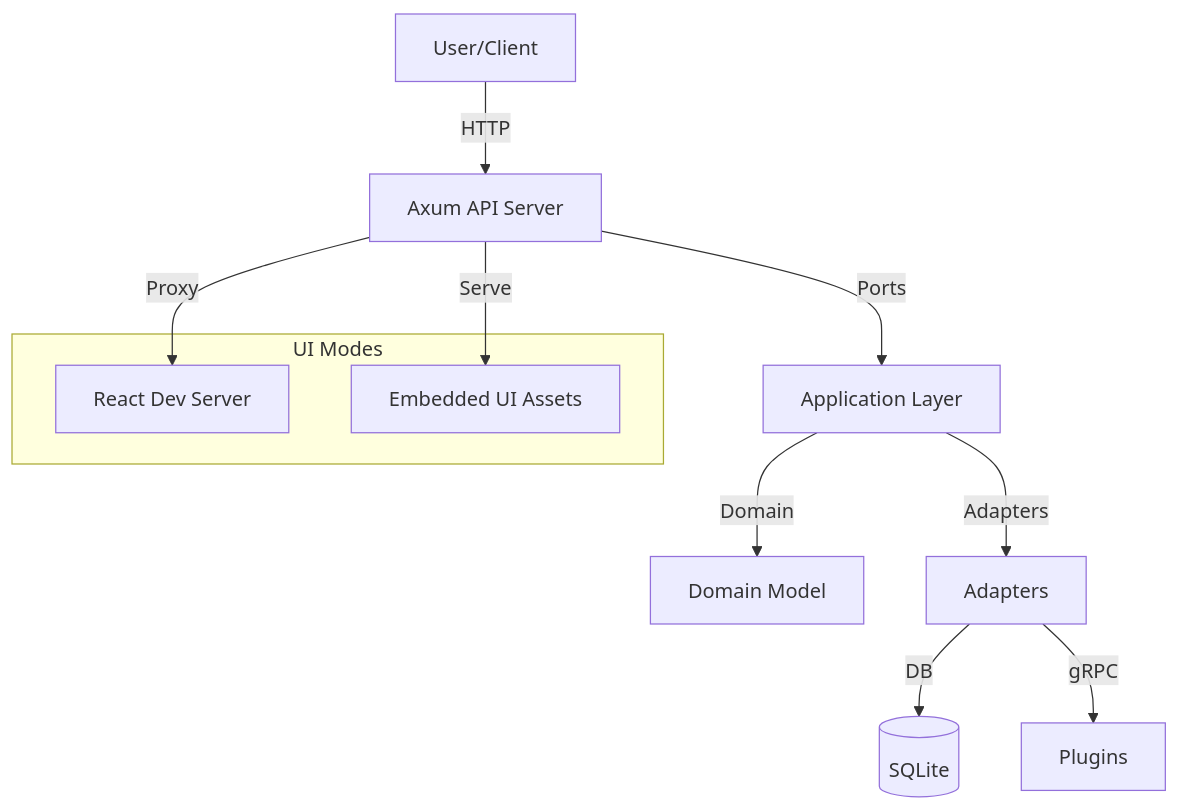
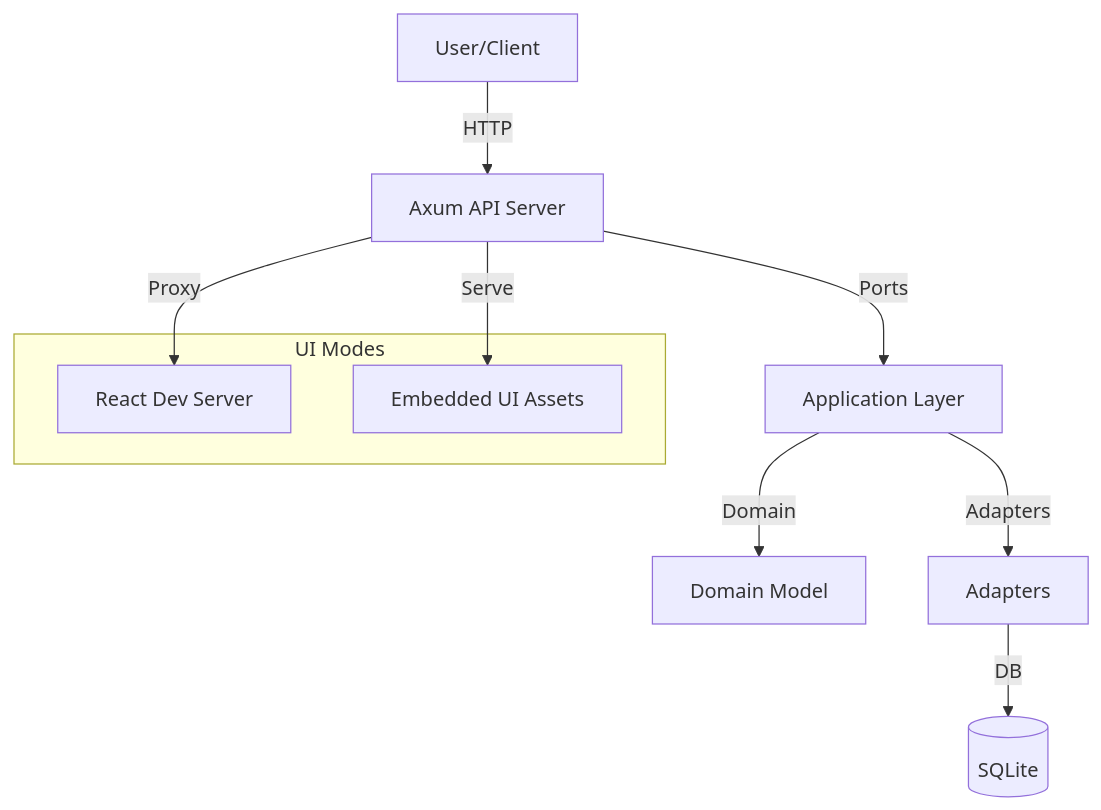
Before and after one commit to sagargupta2001/ReAuth: the diagram in docs/memory/01-architecture.md, drawn with Mermaid. The commit also changed other lines of this file and 15 other files, not shown here.

Commit message:
Updated roadmaps for plugin removal.

````diff
--- a/docs/memory/01-architecture.md
+++ b/docs/memory/01-architecture.md
@@ -11,17 +11,16 @@
 ```mermaid
 graph TD
   User[User/Client] -->|HTTP| API[Axum API Server]
   API -->|Ports| App[Application Layer]
   App -->|Domain| Domain[Domain Model]
   App -->|Adapters| Adapters[Adapters]
   Adapters -->|DB| SQLite[(SQLite)]
-  Adapters -->|gRPC| Plugins[Plugins]
 
   subgraph UI Modes
     DevUI[React Dev Server]
     EmbeddedUI[Embedded UI Assets]
   end
 
   API -->|Proxy| DevUI
   API -->|Serve| EmbeddedUI
 ```
````
